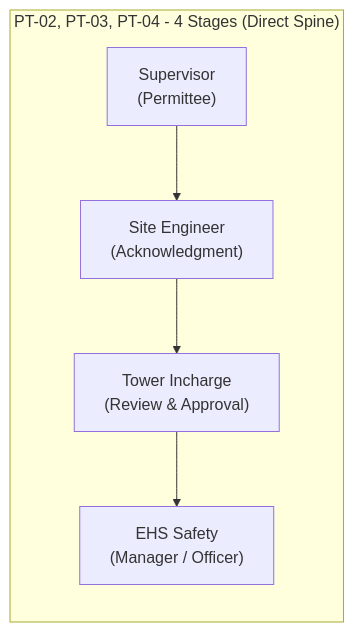
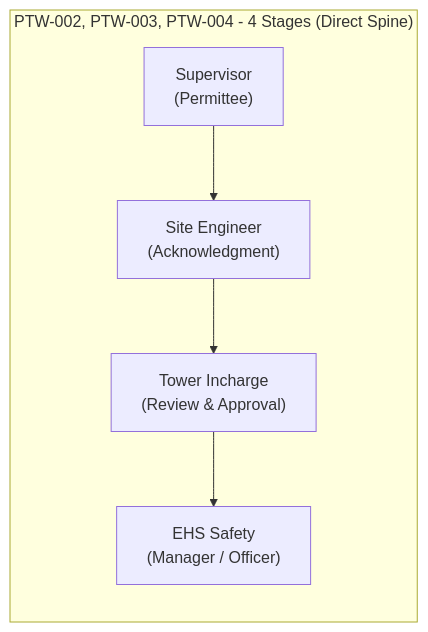
The fifth of 31 diagrams in README.md (AuroGroupAutomationBot/ARPL-EHS-Demo), drawn with Mermaid before and after one commit. The commit also changed other lines of this file and 17 other files, not shown here.

````diff
--- a/README.md
+++ b/README.md
@@ -365,8 +366,8 @@
 ```mermaid
 graph LR
-    subgraph "PT-02, PT-03, PT-04 - 4 Stages (Direct Spine)"
+    subgraph "PTW-002, PTW-003, PTW-004 - 4 Stages (Direct Spine)"
         H1["Supervisor<br/>(Permittee)"] --> H2["Site Engineer<br/>(Acknowledgment)"]
         H2 --> H3["Tower Incharge<br/>(Review & Approval)"]
         H3 --> H4["EHS Safety<br/>(Manager / Officer)"]
     end
 ```
````
